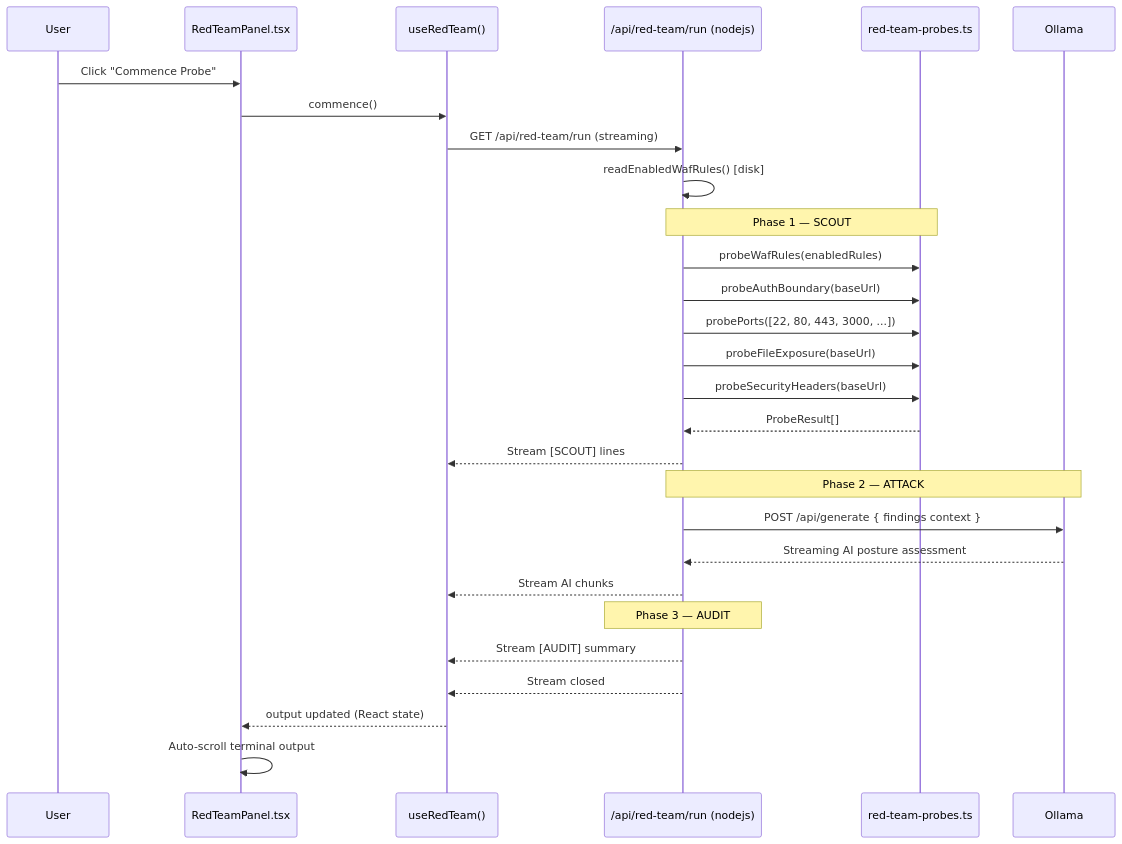
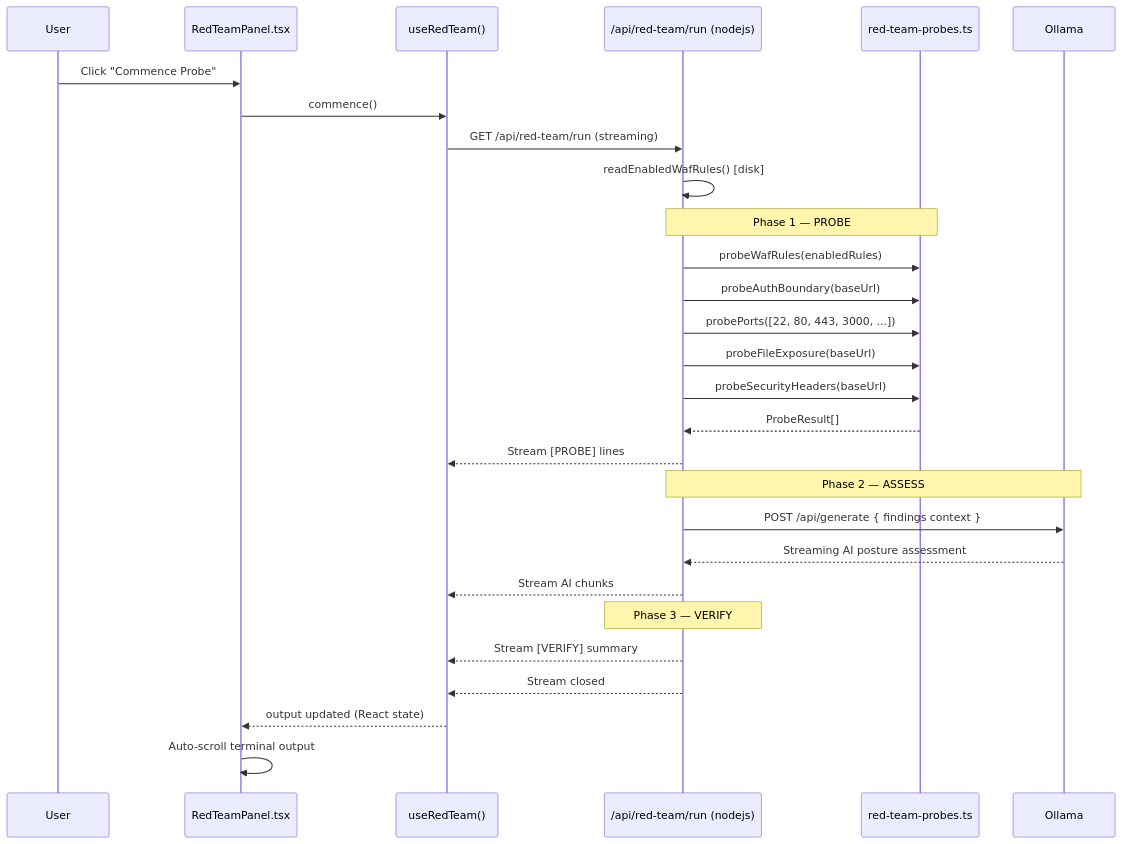
Before and after one commit to GeorgiDS9/aegis-node: the sixth of 8 diagrams in ARCHITECTURE_FLOWS.md, drawn with Mermaid. The commit also changed other lines of this file, not shown here.

Commit message:
docs(arch): sync red team phase labels to PROBE/ASSESS/VERIFY terminology

````diff
--- a/ARCHITECTURE_FLOWS.md
+++ b/ARCHITECTURE_FLOWS.md
@@ -261,37 +261,37 @@
 ```mermaid
 sequenceDiagram
     participant User
     participant Panel as RedTeamPanel.tsx
     participant Hook as useRedTeam()
     participant Route as /api/red-team/run (nodejs)
     participant Probes as red-team-probes.ts
     participant Ollama as Ollama
 
     User->>Panel: Click "Commence Probe"
     Panel->>Hook: commence()
     Hook->>Route: GET /api/red-team/run (streaming)
 
     Route->>Route: readEnabledWafRules() [disk]
 
-    Note over Route,Probes: Phase 1 — SCOUT
+    Note over Route,Probes: Phase 1 — PROBE
     Route->>Probes: probeWafRules(enabledRules)
     Route->>Probes: probeAuthBoundary(baseUrl)
     Route->>Probes: probePorts([22, 80, 443, 3000, ...])
     Route->>Probes: probeFileExposure(baseUrl)
     Route->>Probes: probeSecurityHeaders(baseUrl)
     Probes-->>Route: ProbeResult[]
 
-    Route-->>Hook: Stream [SCOUT] lines
+    Route-->>Hook: Stream [PROBE] lines
 
-    Note over Route,Ollama: Phase 2 — ATTACK
+    Note over Route,Ollama: Phase 2 — ASSESS
     Route->>Ollama: POST /api/generate { findings context }
     Ollama-->>Route: Streaming AI posture assessment
     Route-->>Hook: Stream AI chunks
 
-    Note over Route: Phase 3 — AUDIT
-    Route-->>Hook: Stream [AUDIT] summary
+    Note over Route: Phase 3 — VERIFY
+    Route-->>Hook: Stream [VERIFY] summary
     Route-->>Hook: Stream closed
 
     Hook-->>Panel: output updated (React state)
     Panel->>Panel: Auto-scroll terminal output
 ```
````
